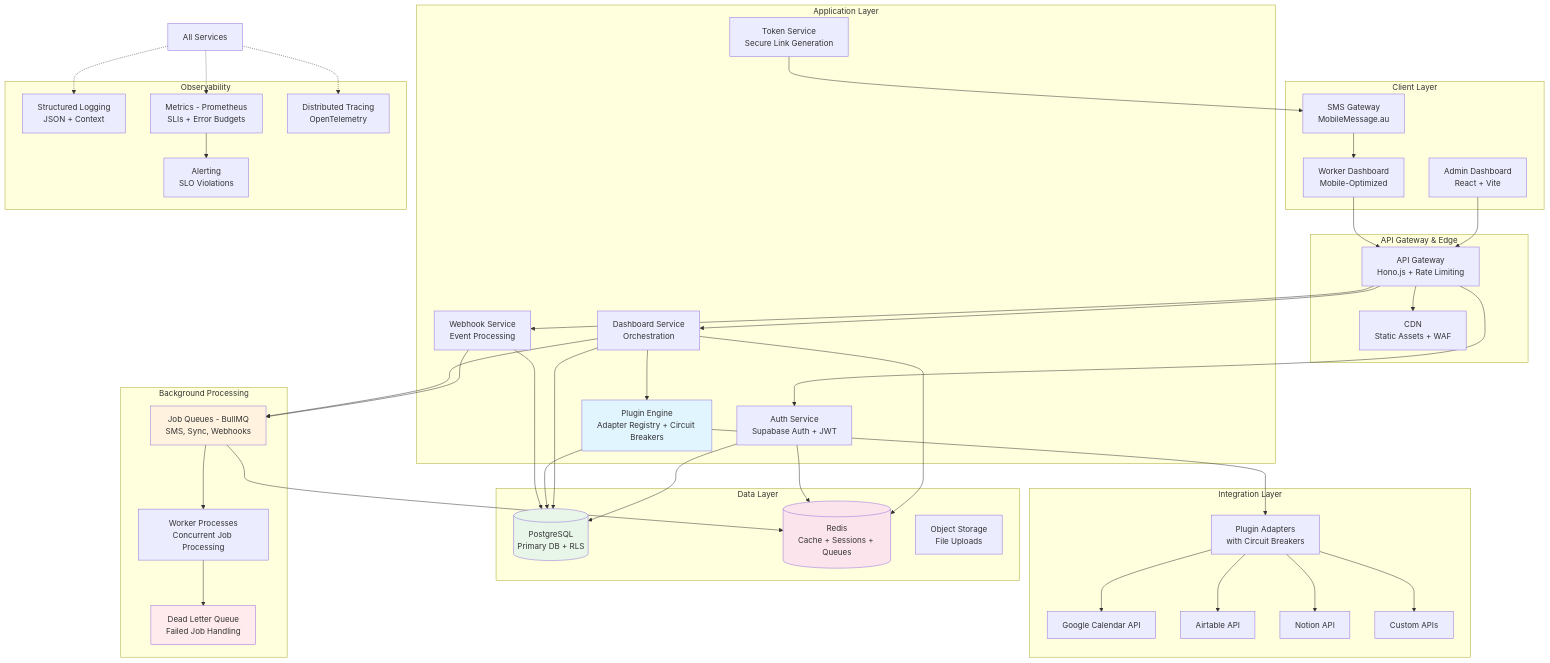
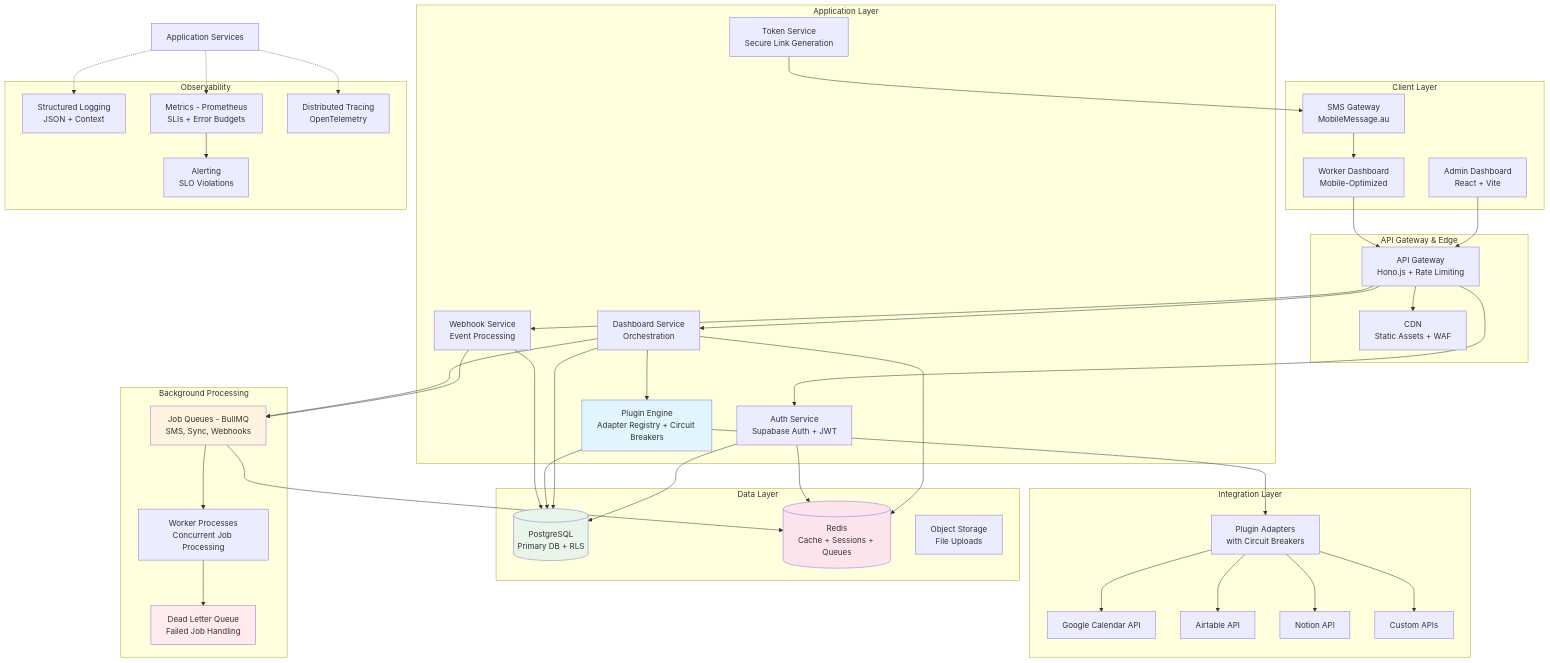
One commit to SlySlayer32/dashboard-link-saas changed the first of 24 diagrams in docs/ARCHITECTURE_BLUEPRINT.md. Above: the diagram before and after it, drawn with Mermaid. The commit also changed other lines of this file, not shown here.

```diff
--- a/docs/ARCHITECTURE_BLUEPRINT.md
+++ b/docs/ARCHITECTURE_BLUEPRINT.md
@@ -145,9 +145,9 @@
     AuthService --> Redis
     Queue --> Redis
     
-    All[All Services] -.-> Logs
-    All -.-> Metrics
-    All -.-> Tracing
+    ApplicationServices[Application Services] -.-> Logs
+    ApplicationServices -.-> Metrics
+    ApplicationServices -.-> Tracing
     Metrics --> Alerts
 
     style PluginEngine fill:#e1f5fe
```
